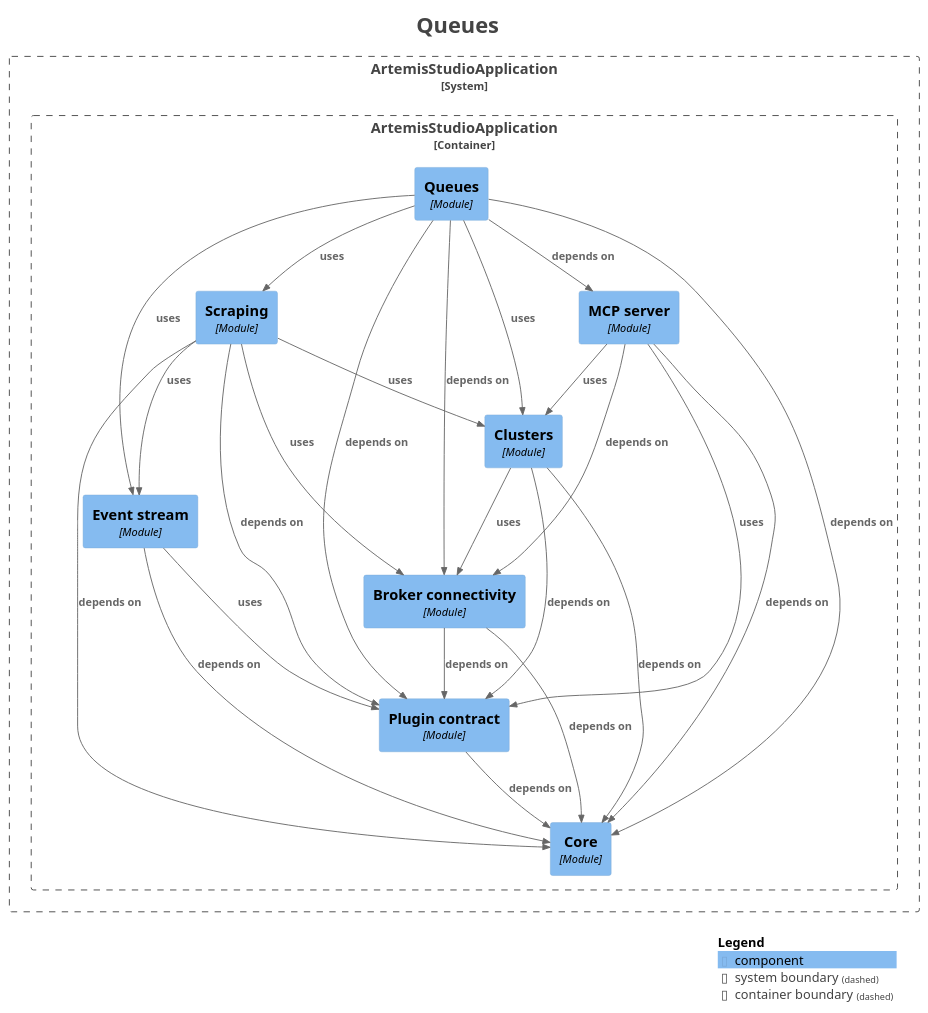
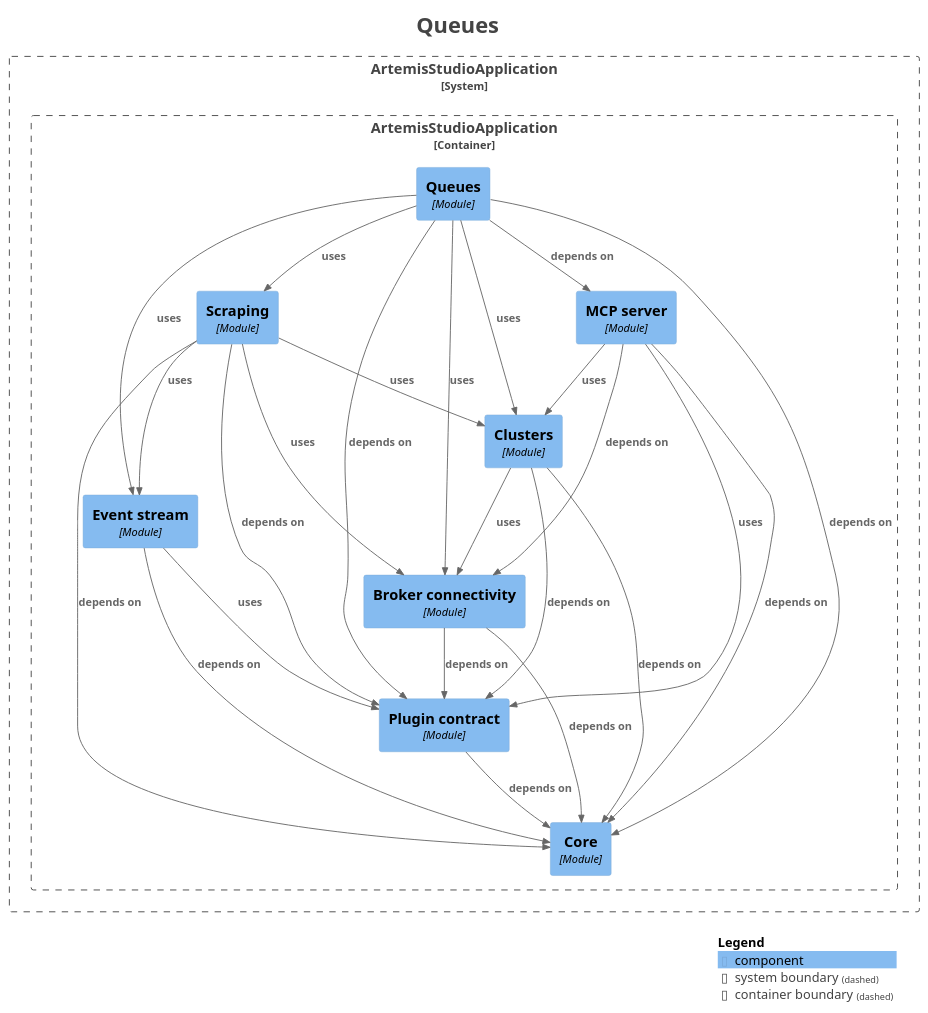
Before and after one commit to sudoitir/artemis-studio: the diagram in docs/modules/module-feature.queues.puml, drawn with PlantUML. The commit also changed 6 other files, not shown here.

```diff
--- a/docs/modules/module-feature.queues.puml
+++ b/docs/modules/module-feature.queues.puml
@@ -1,59 +1,59 @@
 @startuml
 title <size:24>Queues</size>
 
 set separator none
 top to bottom direction
 
 <style>
   root {
     BackgroundColor: #ffffff
     FontColor: #444444
   }
 </style>
 
 !include <C4/C4>
 !include <C4/C4_Context>
 !include <C4/C4_Component>
 
 System_Boundary("ArtemisStudioApplication_boundary", "ArtemisStudioApplication", $tags="") {
   Container_Boundary("ArtemisStudioApplication.ArtemisStudioApplication_boundary", "ArtemisStudioApplication", $tags="") {
     Component(ArtemisStudioApplication.ArtemisStudioApplication.Eventstream, "Event stream", $techn="Module", $descr="", $tags="", $link="")
     Component(ArtemisStudioApplication.ArtemisStudioApplication.Brokerconnectivity, "Broker connectivity", $techn="Module", $descr="", $tags="", $link="")
     Component(ArtemisStudioApplication.ArtemisStudioApplication.Clusters, "Clusters", $techn="Module", $descr="", $tags="", $link="")
     Component(ArtemisStudioApplication.ArtemisStudioApplication.MCPserver, "MCP server", $techn="Module", $descr="", $tags="", $link="")
     Component(ArtemisStudioApplication.ArtemisStudioApplication.Scraping, "Scraping", $techn="Module", $descr="", $tags="", $link="")
     Component(ArtemisStudioApplication.ArtemisStudioApplication.Queues, "Queues", $techn="Module", $descr="", $tags="", $link="")
     Component(ArtemisStudioApplication.ArtemisStudioApplication.Core, "Core", $techn="Module", $descr="", $tags="", $link="")
     Component(ArtemisStudioApplication.ArtemisStudioApplication.Plugincontract, "Plugin contract", $techn="Module", $descr="", $tags="", $link="")
   }
 
 }
 
 Rel(ArtemisStudioApplication.ArtemisStudioApplication.Brokerconnectivity, ArtemisStudioApplication.ArtemisStudioApplication.Core, "depends on", $techn="", $tags="", $link="")
 Rel(ArtemisStudioApplication.ArtemisStudioApplication.Brokerconnectivity, ArtemisStudioApplication.ArtemisStudioApplication.Plugincontract, "depends on", $techn="", $tags="", $link="")
 Rel(ArtemisStudioApplication.ArtemisStudioApplication.Clusters, ArtemisStudioApplication.ArtemisStudioApplication.Brokerconnectivity, "uses", $techn="", $tags="", $link="")
 Rel(ArtemisStudioApplication.ArtemisStudioApplication.Clusters, ArtemisStudioApplication.ArtemisStudioApplication.Core, "depends on", $techn="", $tags="", $link="")
 Rel(ArtemisStudioApplication.ArtemisStudioApplication.Clusters, ArtemisStudioApplication.ArtemisStudioApplication.Plugincontract, "depends on", $techn="", $tags="", $link="")
 Rel(ArtemisStudioApplication.ArtemisStudioApplication.Eventstream, ArtemisStudioApplication.ArtemisStudioApplication.Core, "depends on", $techn="", $tags="", $link="")
 Rel(ArtemisStudioApplication.ArtemisStudioApplication.Eventstream, ArtemisStudioApplication.ArtemisStudioApplication.Plugincontract, "uses", $techn="", $tags="", $link="")
 Rel(ArtemisStudioApplication.ArtemisStudioApplication.MCPserver, ArtemisStudioApplication.ArtemisStudioApplication.Brokerconnectivity, "depends on", $techn="", $tags="", $link="")
 Rel(ArtemisStudioApplication.ArtemisStudioApplication.MCPserver, ArtemisStudioApplication.ArtemisStudioApplication.Clusters, "uses", $techn="", $tags="", $link="")
 Rel(ArtemisStudioApplication.ArtemisStudioApplication.MCPserver, ArtemisStudioApplication.ArtemisStudioApplication.Core, "depends on", $techn="", $tags="", $link="")
 Rel(ArtemisStudioApplication.ArtemisStudioApplication.MCPserver, ArtemisStudioApplication.ArtemisStudioApplication.Plugincontract, "uses", $techn="", $tags="", $link="")
 Rel(ArtemisStudioApplication.ArtemisStudioApplication.Plugincontract, ArtemisStudioApplication.ArtemisStudioApplication.Core, "depends on", $techn="", $tags="", $link="")
-Rel(ArtemisStudioApplication.ArtemisStudioApplication.Queues, ArtemisStudioApplication.ArtemisStudioApplication.Brokerconnectivity, "depends on", $techn="", $tags="", $link="")
+Rel(ArtemisStudioApplication.ArtemisStudioApplication.Queues, ArtemisStudioApplication.ArtemisStudioApplication.Brokerconnectivity, "uses", $techn="", $tags="", $link="")
 Rel(ArtemisStudioApplication.ArtemisStudioApplication.Queues, ArtemisStudioApplication.ArtemisStudioApplication.Clusters, "uses", $techn="", $tags="", $link="")
 Rel(ArtemisStudioApplication.ArtemisStudioApplication.Queues, ArtemisStudioApplication.ArtemisStudioApplication.Core, "depends on", $techn="", $tags="", $link="")
 Rel(ArtemisStudioApplication.ArtemisStudioApplication.Queues, ArtemisStudioApplication.ArtemisStudioApplication.Eventstream, "uses", $techn="", $tags="", $link="")
 Rel(ArtemisStudioApplication.ArtemisStudioApplication.Queues, ArtemisStudioApplication.ArtemisStudioApplication.MCPserver, "depends on", $techn="", $tags="", $link="")
 Rel(ArtemisStudioApplication.ArtemisStudioApplication.Queues, ArtemisStudioApplication.ArtemisStudioApplication.Plugincontract, "depends on", $techn="", $tags="", $link="")
 Rel(ArtemisStudioApplication.ArtemisStudioApplication.Queues, ArtemisStudioApplication.ArtemisStudioApplication.Scraping, "uses", $techn="", $tags="", $link="")
 Rel(ArtemisStudioApplication.ArtemisStudioApplication.Scraping, ArtemisStudioApplication.ArtemisStudioApplication.Brokerconnectivity, "uses", $techn="", $tags="", $link="")
 Rel(ArtemisStudioApplication.ArtemisStudioApplication.Scraping, ArtemisStudioApplication.ArtemisStudioApplication.Clusters, "uses", $techn="", $tags="", $link="")
 Rel(ArtemisStudioApplication.ArtemisStudioApplication.Scraping, ArtemisStudioApplication.ArtemisStudioApplication.Core, "depends on", $techn="", $tags="", $link="")
 Rel(ArtemisStudioApplication.ArtemisStudioApplication.Scraping, ArtemisStudioApplication.ArtemisStudioApplication.Eventstream, "uses", $techn="", $tags="", $link="")
 Rel(ArtemisStudioApplication.ArtemisStudioApplication.Scraping, ArtemisStudioApplication.ArtemisStudioApplication.Plugincontract, "depends on", $techn="", $tags="", $link="")
 
 SHOW_LEGEND(true)
 hide stereotypes
 @enduml
```
